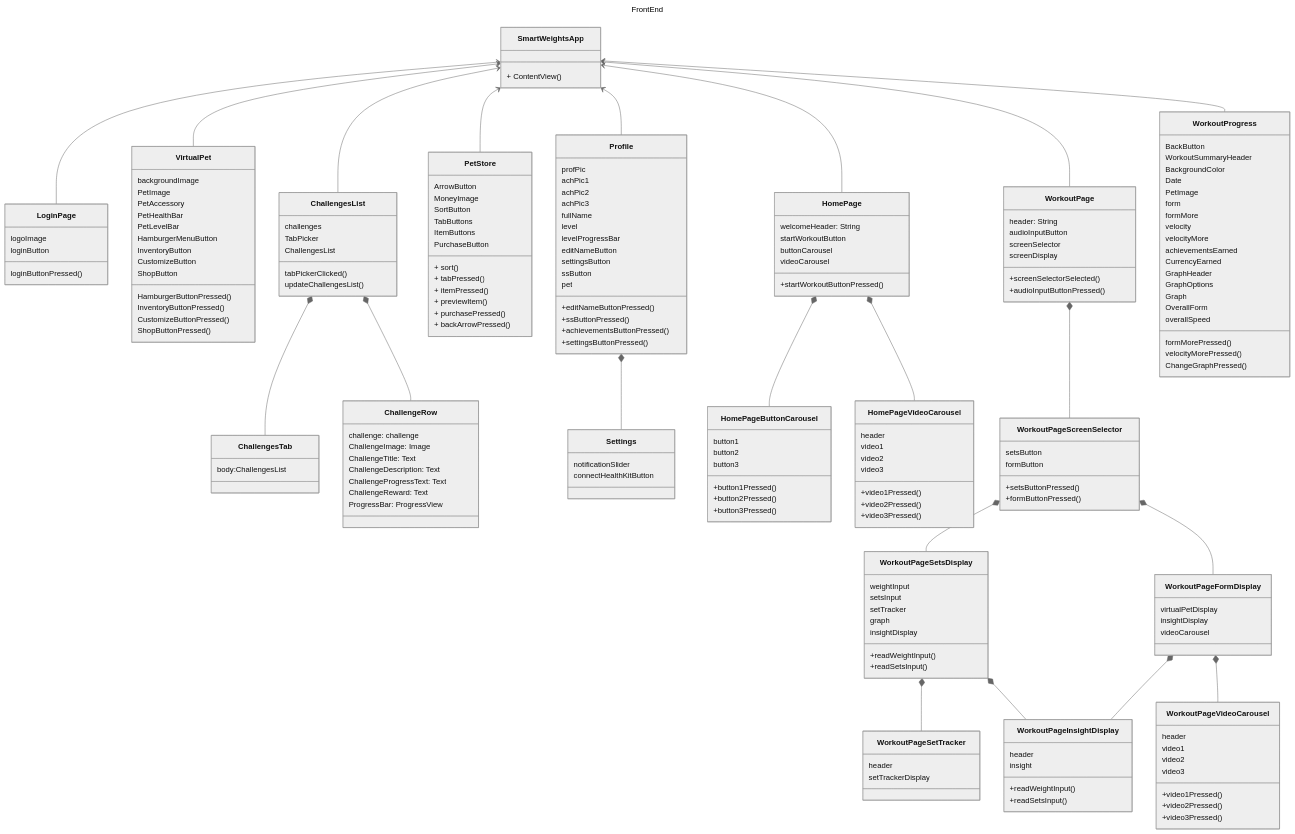
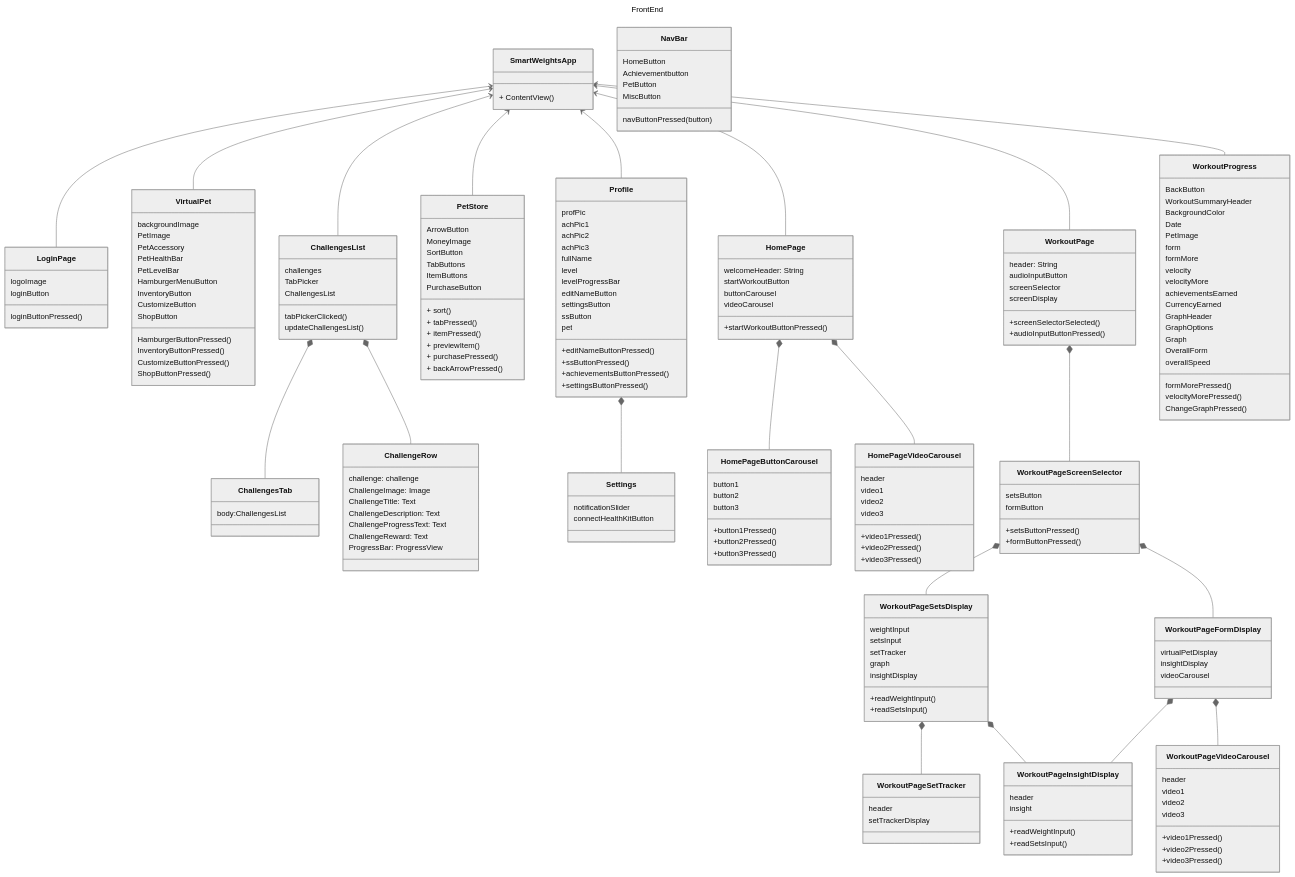
Before and after one commit to Capstone-Projects-2024-Spring/project-smartweights: the first of 2 diagrams in documentation/docs/system-architecture/class-diagram.md, drawn with Mermaid (neutral theme).

```diff
--- a/documentation/docs/system-architecture/class-diagram.md
+++ b/documentation/docs/system-architecture/class-diagram.md
@@ -11,6 +11,14 @@
 classDiagram 
    class SmartWeightsApp{
     + ContentView()
+   }
+   class NavBar{
+        HomeButton
+        Achievementbutton
+        PetButton
+        MiscButton
+        navButtonPressed(button)
+   
    }
    class LoginPage{
     logoImage
```
